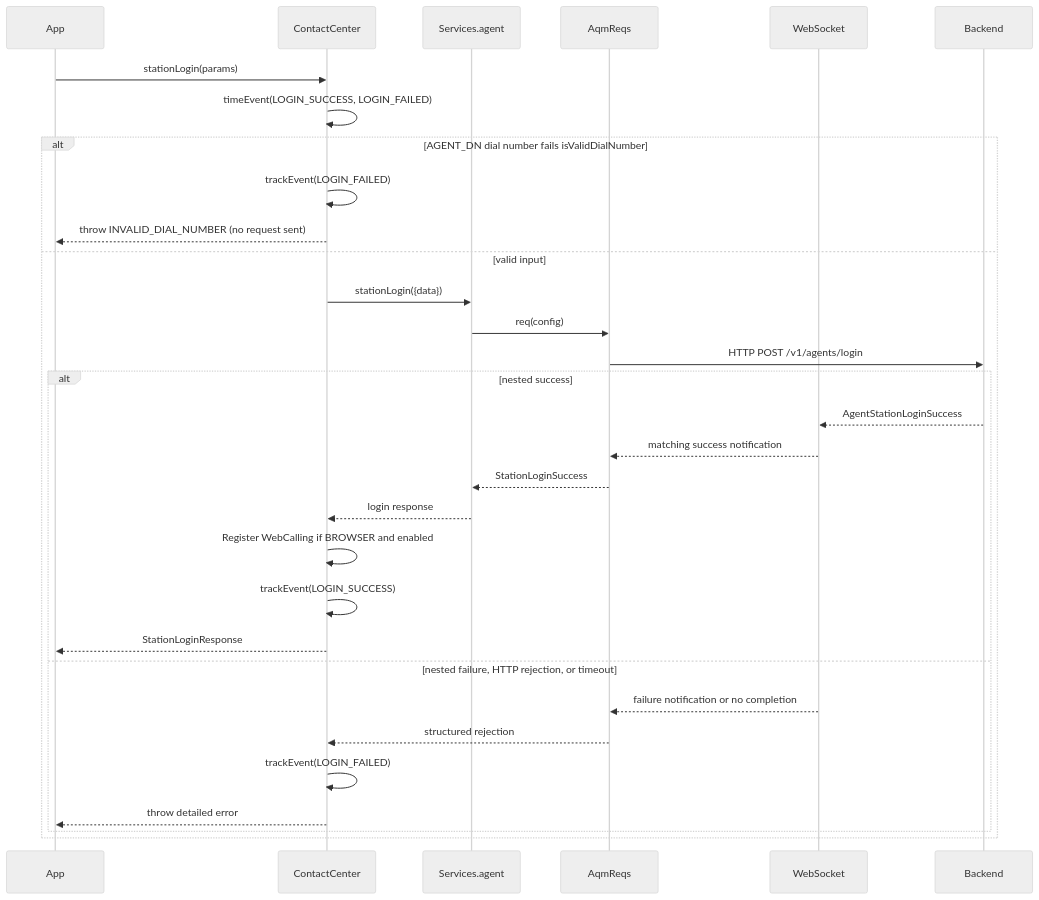
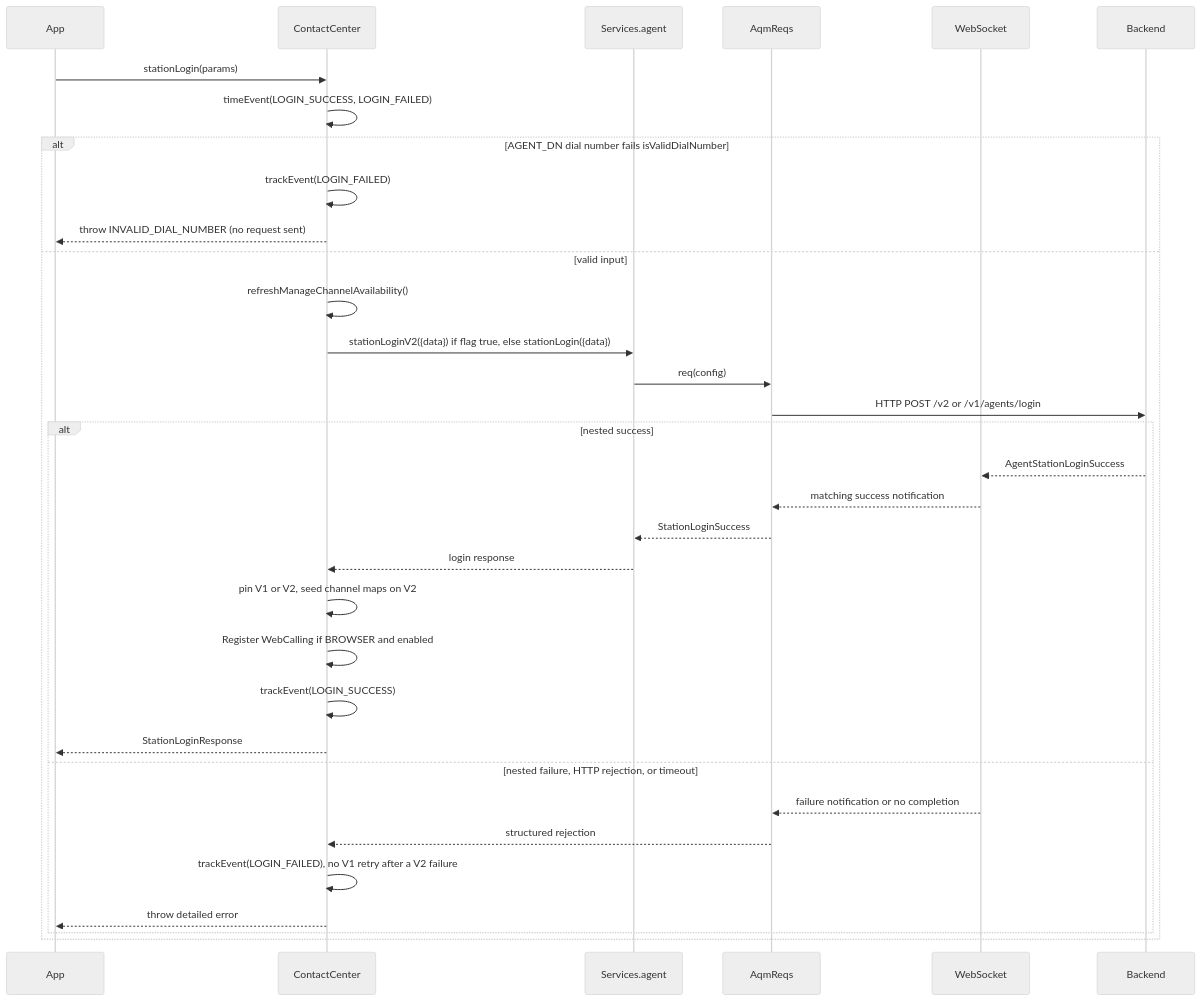
Before and after one commit to webex/webex-js-sdk: the first of 7 diagrams in packages/@webex/contact-center/src/services/agent/docs/README.md, drawn with Mermaid (neutral theme). The commit also changed other lines of this file and 40 other files, not shown here.

````diff
--- a/packages/@webex/contact-center/src/services/agent/docs/README.md
+++ b/packages/@webex/contact-center/src/services/agent/docs/README.md
@@ -356,33 +385,35 @@
 ```mermaid
 sequenceDiagram
     participant App
     participant CC as ContactCenter
     participant Svc as Services.agent
     participant AQM as AqmReqs
     participant WS as WebSocket
     participant BE as Backend
     App->>CC: stationLogin(params)
     CC->>CC: timeEvent(LOGIN_SUCCESS, LOGIN_FAILED)
     alt AGENT_DN dial number fails isValidDialNumber
       CC->>CC: trackEvent(LOGIN_FAILED)
       CC-->>App: throw INVALID_DIAL_NUMBER (no request sent)
     else valid input
-      CC->>Svc: stationLogin({data})
+      CC->>CC: refreshManageChannelAvailability()
+      CC->>Svc: stationLoginV2({data}) if flag true, else stationLogin({data})
       Svc->>AQM: req(config)
-      AQM->>BE: HTTP POST /v1/agents/login
+      AQM->>BE: HTTP POST /v2 or /v1/agents/login
       alt nested success
         BE-->>WS: AgentStationLoginSuccess
         WS-->>AQM: matching success notification
         AQM-->>Svc: StationLoginSuccess
         Svc-->>CC: login response
+        CC->>CC: pin V1 or V2, seed channel maps on V2
         CC->>CC: Register WebCalling if BROWSER and enabled
         CC->>CC: trackEvent(LOGIN_SUCCESS)
         CC-->>App: StationLoginResponse
       else nested failure, HTTP rejection, or timeout
         WS-->>AQM: failure notification or no completion
         AQM-->>CC: structured rejection
-        CC->>CC: trackEvent(LOGIN_FAILED)
+        CC->>CC: trackEvent(LOGIN_FAILED), no V1 retry after a V2 failure
         CC-->>App: throw detailed error
       end
     end
 ```
````
